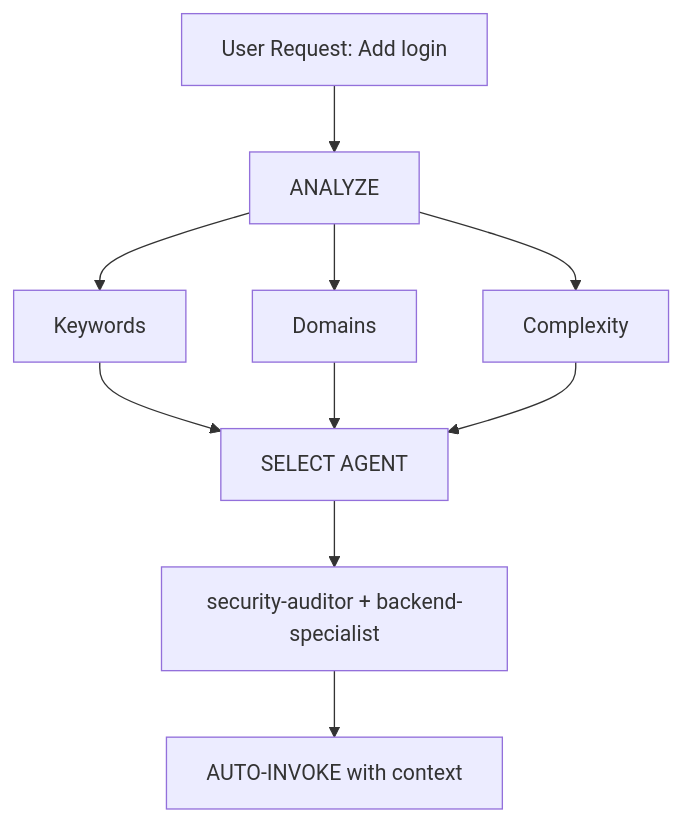
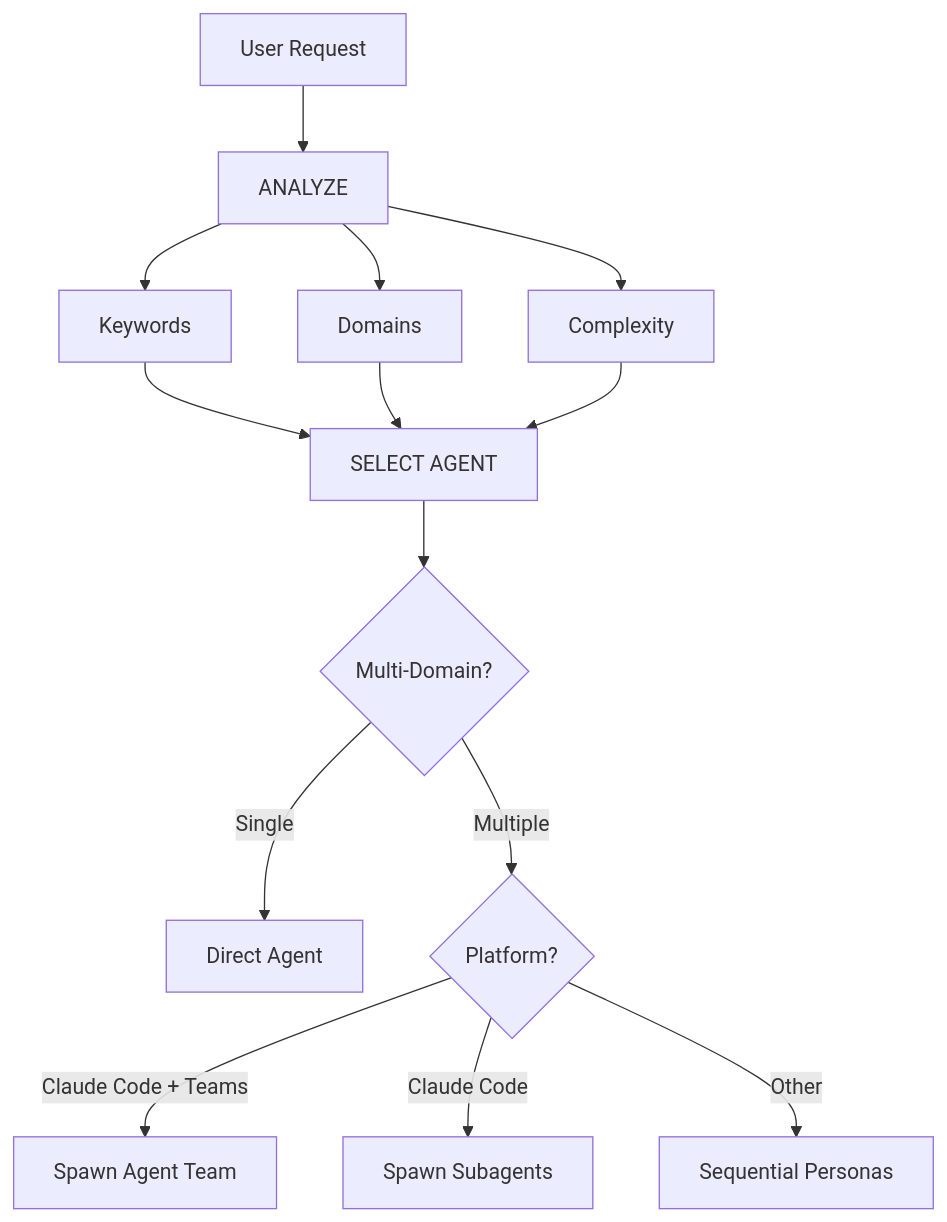
The diagram in skills/intelligent-routing/SKILL.md (techwavedev/agi-agent-kit), drawn with Mermaid before and after one commit. The commit also changed other lines of this file and 6 other files, not shown here.

First line of the commit message:
feat: platform-adaptive multi-agent orchestration, intelligent routing v2, and plugin auto-discovery

````diff
--- a/skills/intelligent-routing/SKILL.md
+++ b/skills/intelligent-routing/SKILL.md
@@ -21,12 +76,16 @@
 ```mermaid
 graph TD
-    A[User Request: Add login] --> B[ANALYZE]
+    A[User Request] --> B[ANALYZE]
     B --> C[Keywords]
     B --> D[Domains]
     B --> E[Complexity]
     C --> F[SELECT AGENT]
     D --> F
     E --> F
-    F --> G[security-auditor + backend-specialist]
-    G --> H[AUTO-INVOKE with context]
+    F --> G{Multi-Domain?}
+    G -->|Single| H[Direct Agent]
+    G -->|Multiple| I{Platform?}
+    I -->|Claude Code + Teams| J[Spawn Agent Team]
+    I -->|Claude Code| K[Spawn Subagents]
+    I -->|Other| L[Sequential Personas]
 ```
````
